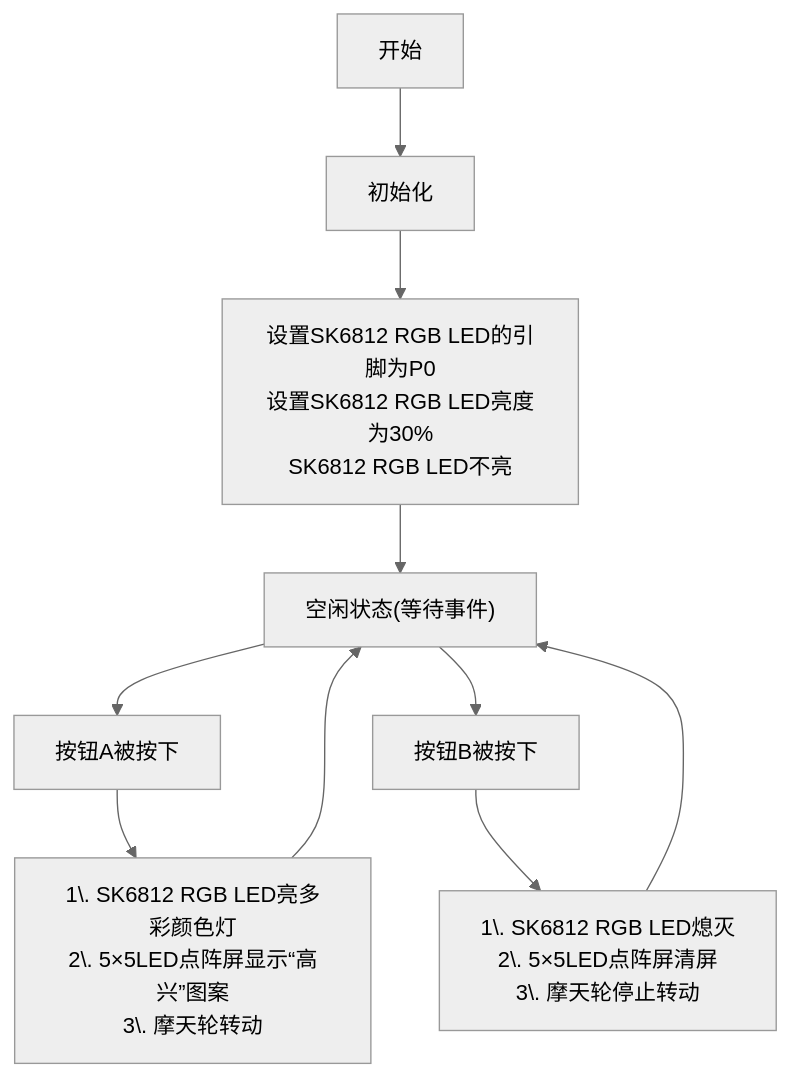
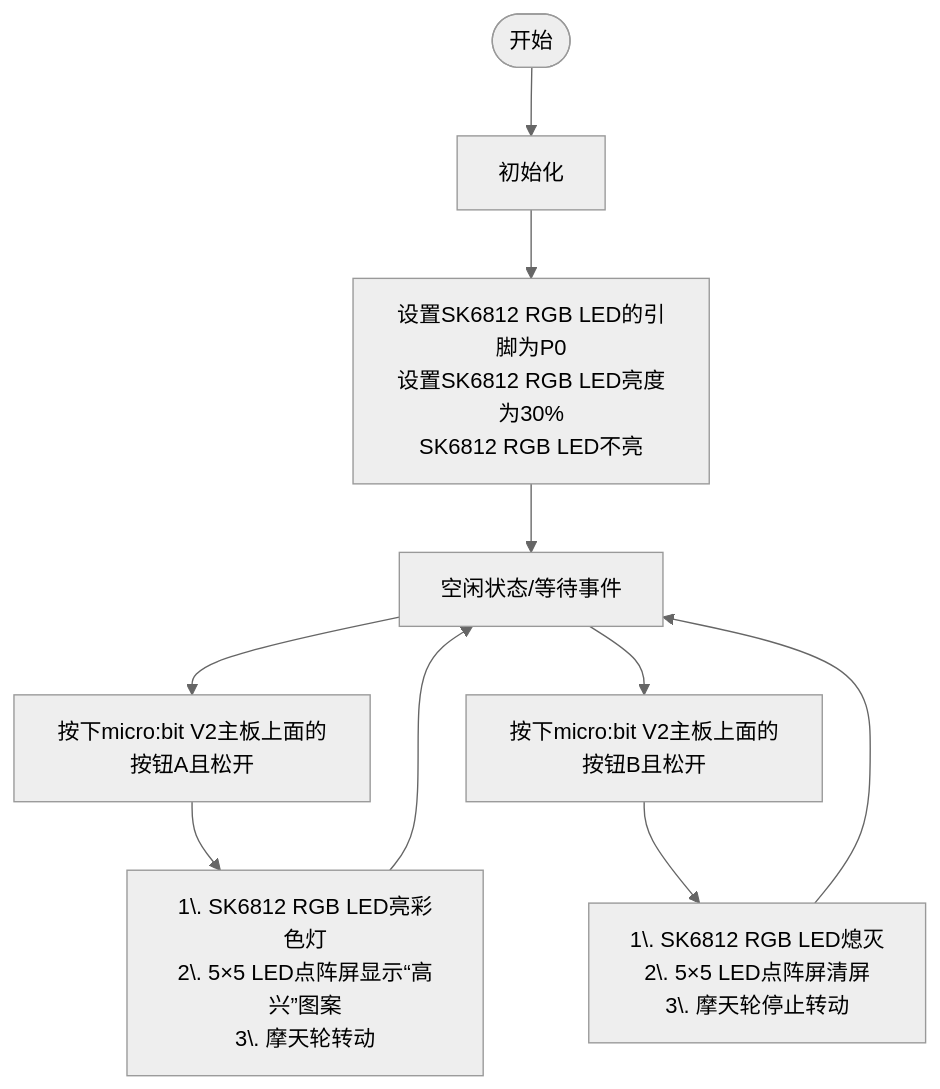
Before and after one commit to keyestudio/KS0604-Keyestudio-Microbit-8-1-: the diagram in docs/MakeCode_教程/Projects/课程07.md, drawn with Mermaid (neutral theme). The commit also changed other lines of this file and 235 other files, not shown here.

````diff
--- a/docs/MakeCode_教程/Projects/课程07.md
+++ b/docs/MakeCode_教程/Projects/课程07.md
@@ -33,17 +33,17 @@
 ```mermaid
 flowchart TD
-    Start["开始"] --> OnInit1["初始化"]
+    Start([开始]) --> OnInit1[初始化]
 
-    OnInit1 --> OnInit2["设置SK6812 RGB LED的引脚为P0<br>设置SK6812 RGB LED亮度为30%<br>SK6812 RGB LED不亮"]
+    OnInit1 --> OnInit2[设置SK6812 RGB LED的引脚为P0<br>设置SK6812 RGB LED亮度为30%<br>SK6812 RGB LED不亮]
     
-    OnInit2 --> IdleState["空闲状态(等待事件)"]
+    OnInit2 --> IdleState[空闲状态/等待事件]
     
-    IdleState --> EventBtnA["按钮A被按下"]
-    IdleState --> EventBtnB["按钮B被按下"]
+    IdleState --> EventBtnA[按下micro:bit V2主板上面的按钮A且松开]
+    IdleState --> EventBtnB[按下micro:bit V2主板上面的按钮B且松开]
     
-    EventBtnA --> BtnAAction["1\. SK6812 RGB LED亮多彩颜色灯<br>2\. 5×5LED点阵屏显示“高兴”图案<br>3\. 摩天轮转动"]
+    EventBtnA --> BtnAAction[1\. SK6812 RGB LED亮彩色灯<br>2\. 5×5 LED点阵屏显示“高兴”图案<br>3\. 摩天轮转动]
     BtnAAction --> IdleState
     
-    EventBtnB --> BtnBAction["1\. SK6812 RGB LED熄灭<br>2\. 5×5LED点阵屏清屏<br>3\. 摩天轮停止转动"]
+    EventBtnB --> BtnBAction[1\. SK6812 RGB LED熄灭<br>2\. 5×5 LED点阵屏清屏<br>3\. 摩天轮停止转动]
     BtnBAction --> IdleState
 ```
````
